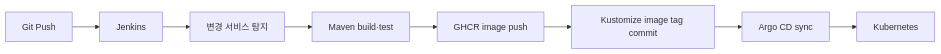
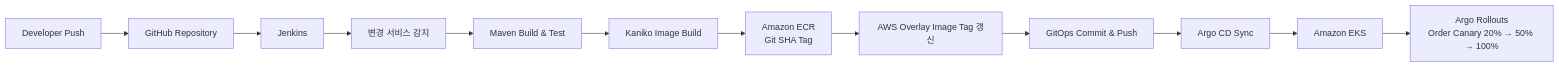
Before and after one commit to Sungw0o/HighFivebooks-V2: the second of 2 diagrams in README.md, drawn with Mermaid. The commit also changed other lines of this file, not shown here.

````diff
--- a/README.md
+++ b/README.md
@@ -110,10 +69,14 @@
 ```mermaid
 flowchart LR
-    PUSH["Git Push"] --> JENKINS["Jenkins"]
-    JENKINS --> DETECT["변경 서비스 탐지"]
-    DETECT --> TEST["Maven build·test"]
-    TEST --> IMAGE["GHCR image push"]
-    IMAGE --> TAG["Kustomize image tag commit"]
-    TAG --> ARGO["Argo CD sync"]
-    ARGO --> K8S["Kubernetes"]
+    DEV["Developer Push"] --> GH["GitHub Repository"]
+    GH --> JENKINS["Jenkins"]
+    JENKINS --> DIFF["변경 서비스 감지"]
+    DIFF --> TEST["Maven Build & Test"]
+    TEST --> KANIKO["Kaniko Image Build"]
+    KANIKO --> ECR["Amazon ECR\nGit SHA Tag"]
+    ECR --> UPDATE["AWS Overlay Image Tag 갱신"]
+    UPDATE --> COMMIT["GitOps Commit & Push"]
+    COMMIT --> ARGO["Argo CD Sync"]
+    ARGO --> EKS["Amazon EKS"]
+    EKS --> ROLLOUT["Argo Rollouts\nOrder Canary 20% → 50% → 100%"]
 ```
````
